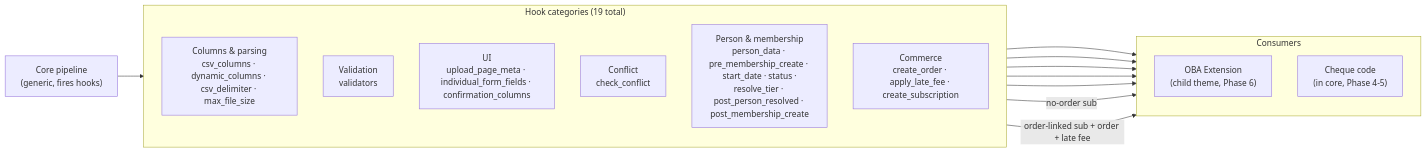
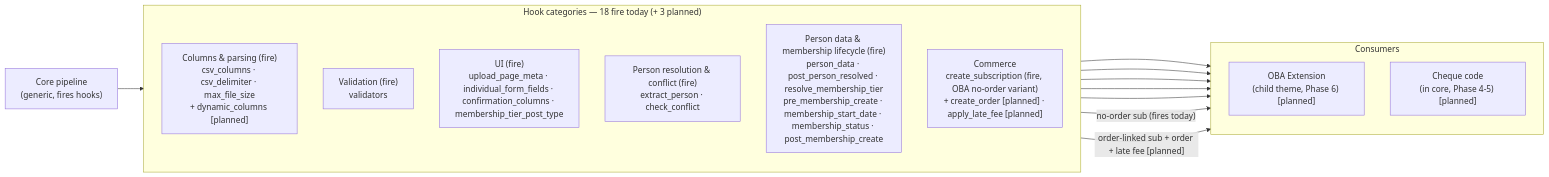
The second of 3 diagrams in docs/engineering/flow-diagrams.md (industrialdev/wicket-wp-importer), drawn with Mermaid before and after one commit. The commit also changed other lines of this file and 2 other files, not shown here.

First line of the commit message:
docs(importer): fix diagram drift against code as source of truth

````diff
--- a/docs/engineering/flow-diagrams.md
+++ b/docs/engineering/flow-diagrams.md
@@ -112,29 +120,29 @@
 ```mermaid
 flowchart LR
     COREHUB["Core pipeline<br/>(generic, fires hooks)"]
 
-    subgraph CATS["Hook categories (19 total)"]
+    subgraph CATS["Hook categories — 18 fire today (+ 3 planned)"]
         direction TB
-        H1["Columns & parsing<br/>csv_columns · dynamic_columns · csv_delimiter · max_file_size"]
-        H2["Validation<br/>validators"]
-        H3["UI<br/>upload_page_meta · individual_form_fields · confirmation_columns"]
-        H4["Conflict<br/>check_conflict"]
-        H5["Person & membership<br/>person_data · pre_membership_create · start_date · status ·<br/>resolve_tier · post_person_resolved · post_membership_create"]
-        H6["Commerce<br/>create_order · apply_late_fee · create_subscription"]
+        H1["Columns & parsing (fire)<br/>csv_columns · csv_delimiter · max_file_size<br/>+ dynamic_columns [planned]"]
+        H2["Validation (fire)<br/>validators"]
+        H3["UI (fire)<br/>upload_page_meta · individual_form_fields · confirmation_columns · membership_tier_post_type"]
+        H4["Person resolution & conflict (fire)<br/>extract_person · check_conflict"]
+        H5["Person data & membership lifecycle (fire)<br/>person_data · post_person_resolved · resolve_membership_tier<br/>pre_membership_create · membership_start_date · membership_status · post_membership_create"]
+        H6["Commerce<br/>create_subscription (fire, OBA no-order variant)<br/>+ create_order [planned] · apply_late_fee [planned]"]
     end
 
     subgraph CONS["Consumers"]
         direction TB
-        OBA_C["OBA Extension<br/>(child theme, Phase 6)"]
-        CHK_C["Cheque code<br/>(in core, Phase 4-5)"]
+        OBA_C["OBA Extension<br/>(child theme, Phase 6) [planned]"]
+        CHK_C["Cheque code<br/>(in core, Phase 4-5) [planned]"]
     end
 
     COREHUB --> CATS
     H1 --> OBA_C
     H2 --> OBA_C
     H3 --> OBA_C
     H4 --> OBA_C
     H5 --> OBA_C
-    H6 -->|"no-order sub"| OBA_C
-    H6 -->|"order-linked sub + order + late fee"| CHK_C
+    H6 -->|"no-order sub (fires today)"| OBA_C
+    H6 -->|"order-linked sub + order + late fee [planned]"| CHK_C
 ```
````
